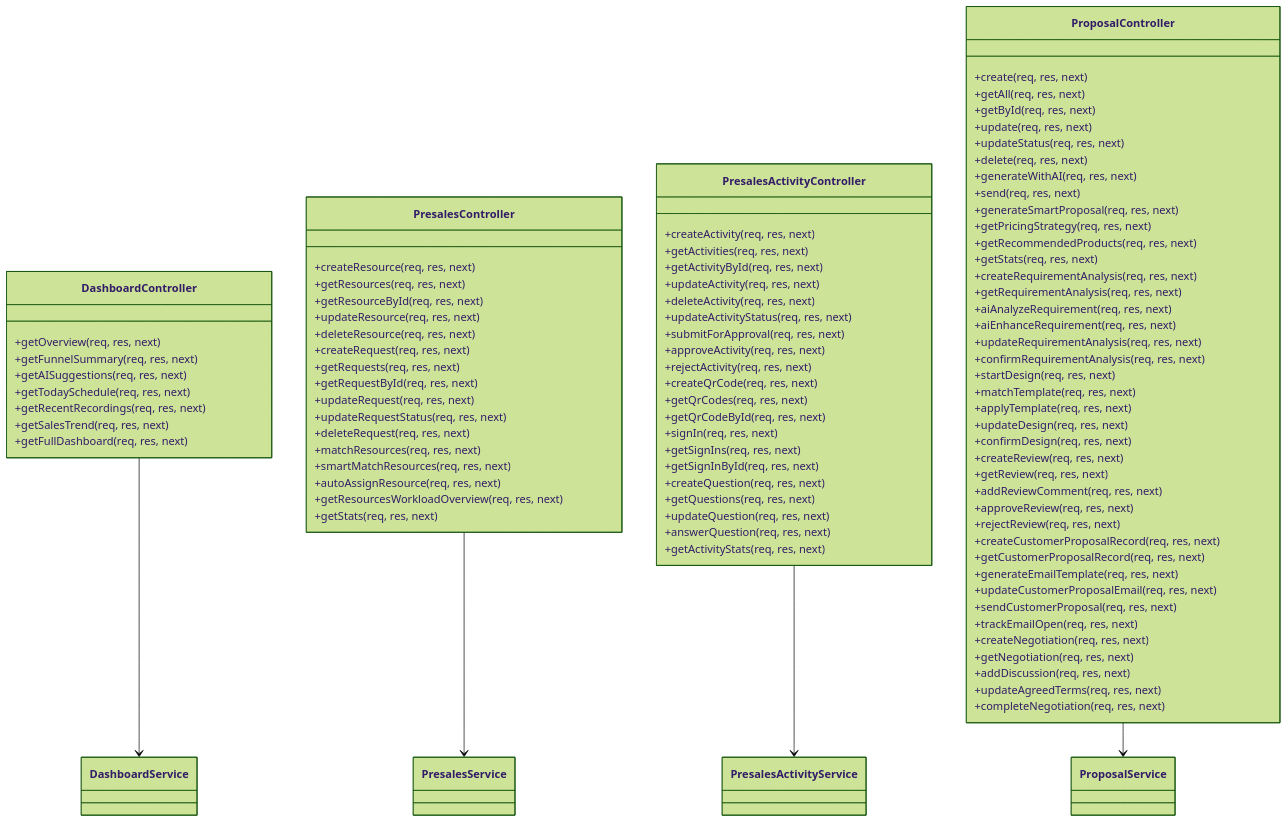
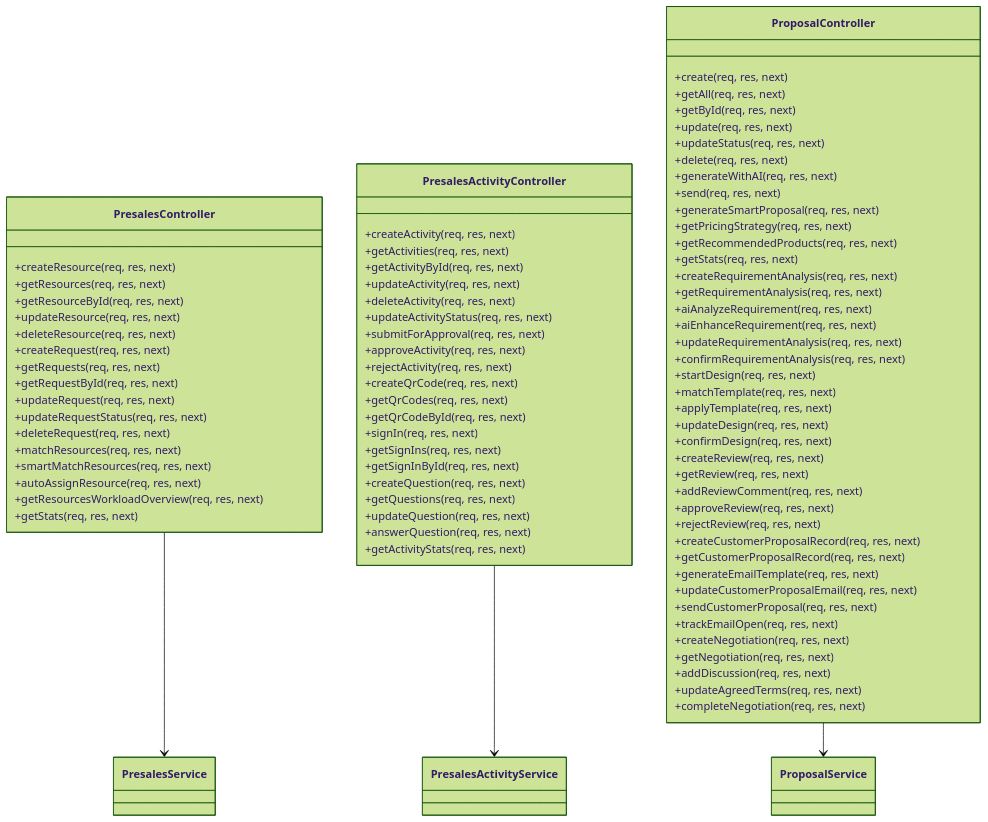
One commit to xianjianshenqu/SalesFlow-CRM changed the second of 27 diagrams in .qoder/repowiki/zh/content/Pre Sales Dashboard.md. Above: the diagram before and after it, drawn with Mermaid (forest theme). The commit also changed other lines of this file and 11 other files, not shown here.

````diff
--- a/.qoder/repowiki/zh/content/Pre Sales Dashboard.md
+++ b/.qoder/repowiki/zh/content/Pre Sales Dashboard.md
@@ -118,14 +125,5 @@
 ```mermaid
 classDiagram
-class DashboardController {
-+getOverview(req, res, next)
-+getFunnelSummary(req, res, next)
-+getAISuggestions(req, res, next)
-+getTodaySchedule(req, res, next)
-+getRecentRecordings(req, res, next)
-+getSalesTrend(req, res, next)
-+getFullDashboard(req, res, next)
-}
 class PresalesController {
 +createResource(req, res, next)
 +getResources(req, res, next)
@@ -207,7 +205,6 @@
 +updateAgreedTerms(req, res, next)
 +completeNegotiation(req, res, next)
 }
-DashboardController --> DashboardService
 PresalesController --> PresalesService
 PresalesActivityController --> PresalesActivityService
 ProposalController --> ProposalService
````
